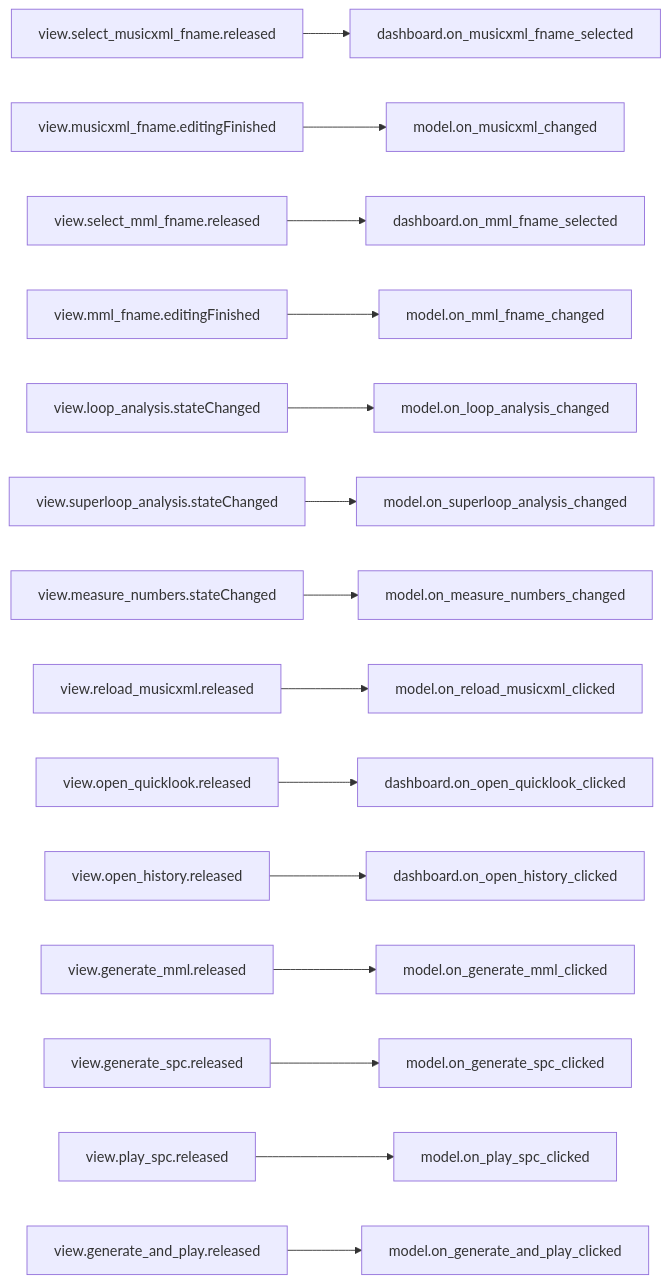
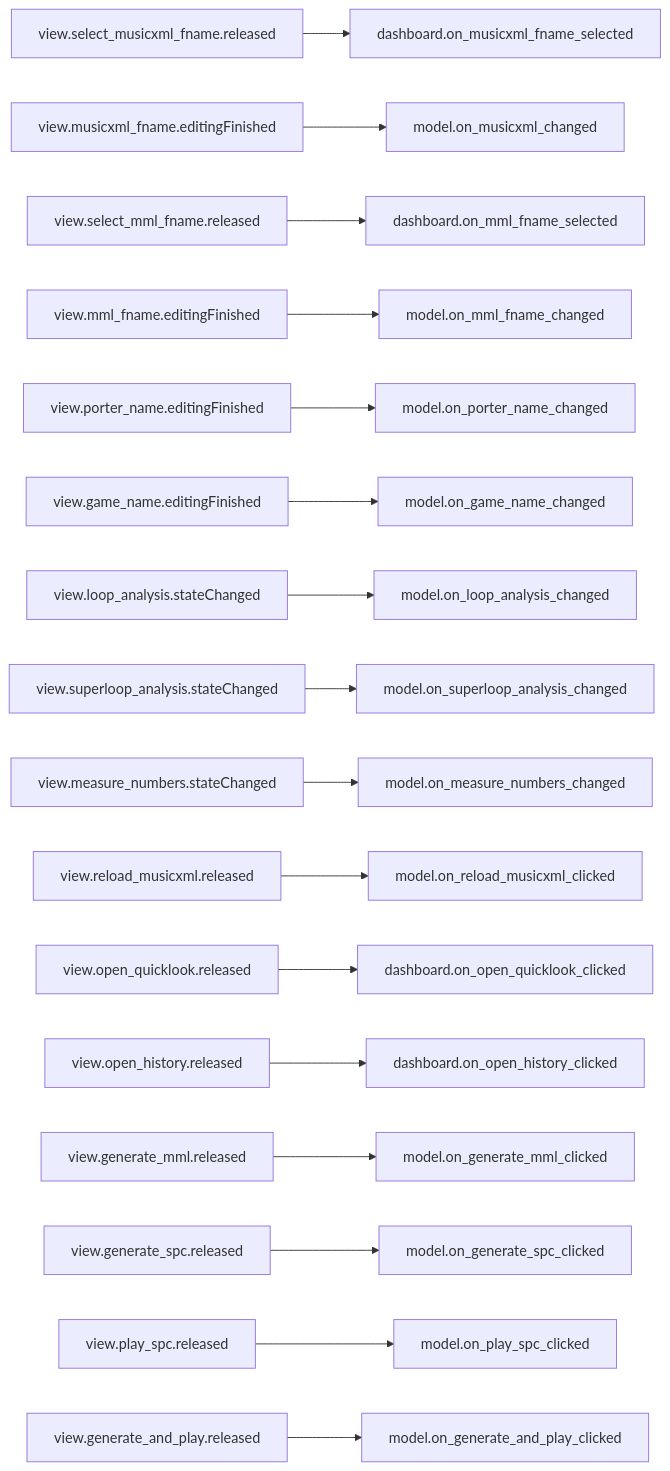
One commit to com-posers-pit/smw_music changed the third of 10 diagrams in doc/source/dashboard_signal_slot_map.rst. Above: the diagram before and after it, drawn with Mermaid. The commit also changed 6 other files, not shown here.

First line of the commit message:
Add porter and game UI elements

```diff
--- a/doc/source/dashboard_signal_slot_map.rst
+++ b/doc/source/dashboard_signal_slot_map.rst
@@ -59,17 +59,19 @@
 .. mermaid::
 
    flowchart LR
       view.select_musicxml_fname.released --> dashboard.on_musicxml_fname_selected
       view.musicxml_fname.editingFinished --> model.on_musicxml_changed
       view.select_mml_fname.released --> dashboard.on_mml_fname_selected
       view.mml_fname.editingFinished --> model.on_mml_fname_changed
+      view.porter_name.editingFinished --> model.on_porter_name_changed
+      view.game_name.editingFinished --> model.on_game_name_changed
       view.loop_analysis.stateChanged --> model.on_loop_analysis_changed
       view.superloop_analysis.stateChanged --> model.on_superloop_analysis_changed
       view.measure_numbers.stateChanged --> model.on_measure_numbers_changed
       view.reload_musicxml.released --> model.on_reload_musicxml_clicked
       view.open_quicklook.released --> dashboard.on_open_quicklook_clicked
       view.open_history.released --> dashboard.on_open_history_clicked
       view.generate_mml.released --> model.on_generate_mml_clicked
       view.generate_spc.released --> model.on_generate_spc_clicked
       view.play_spc.released --> model.on_play_spc_clicked
       view.generate_and_play.released --> model.on_generate_and_play_clicked
```
